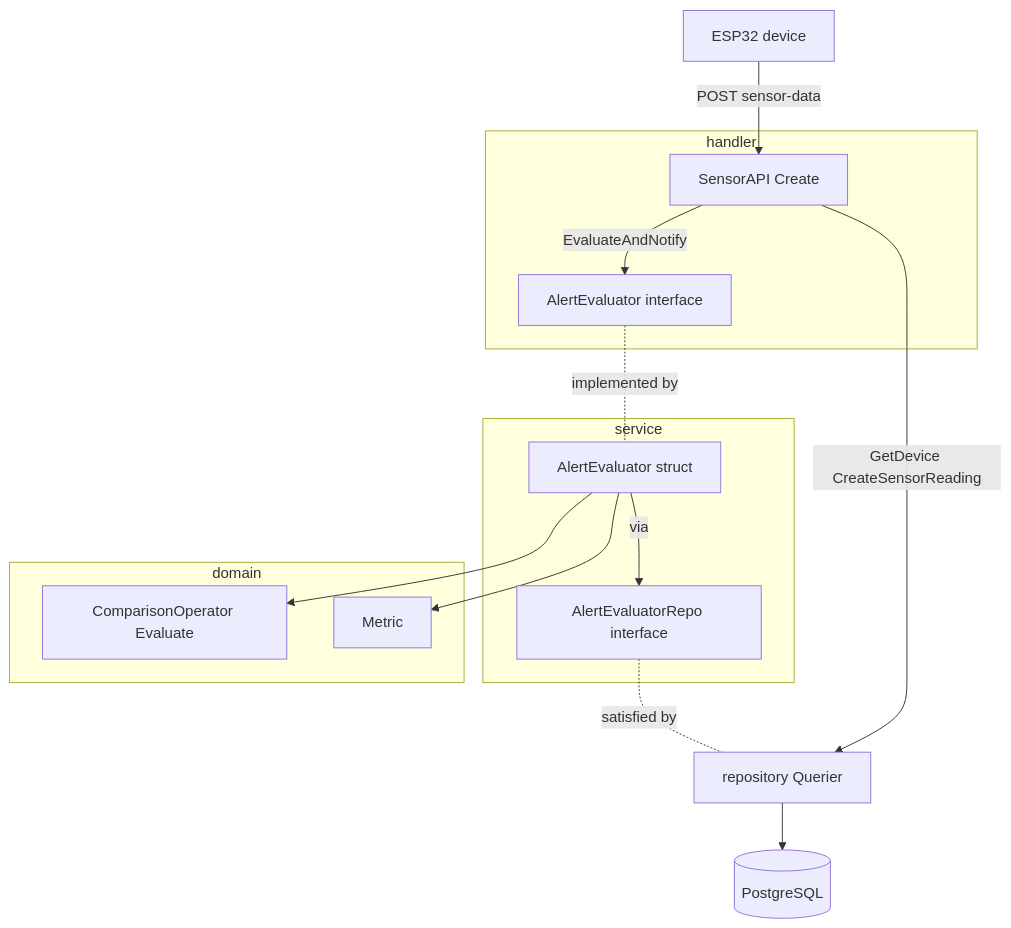
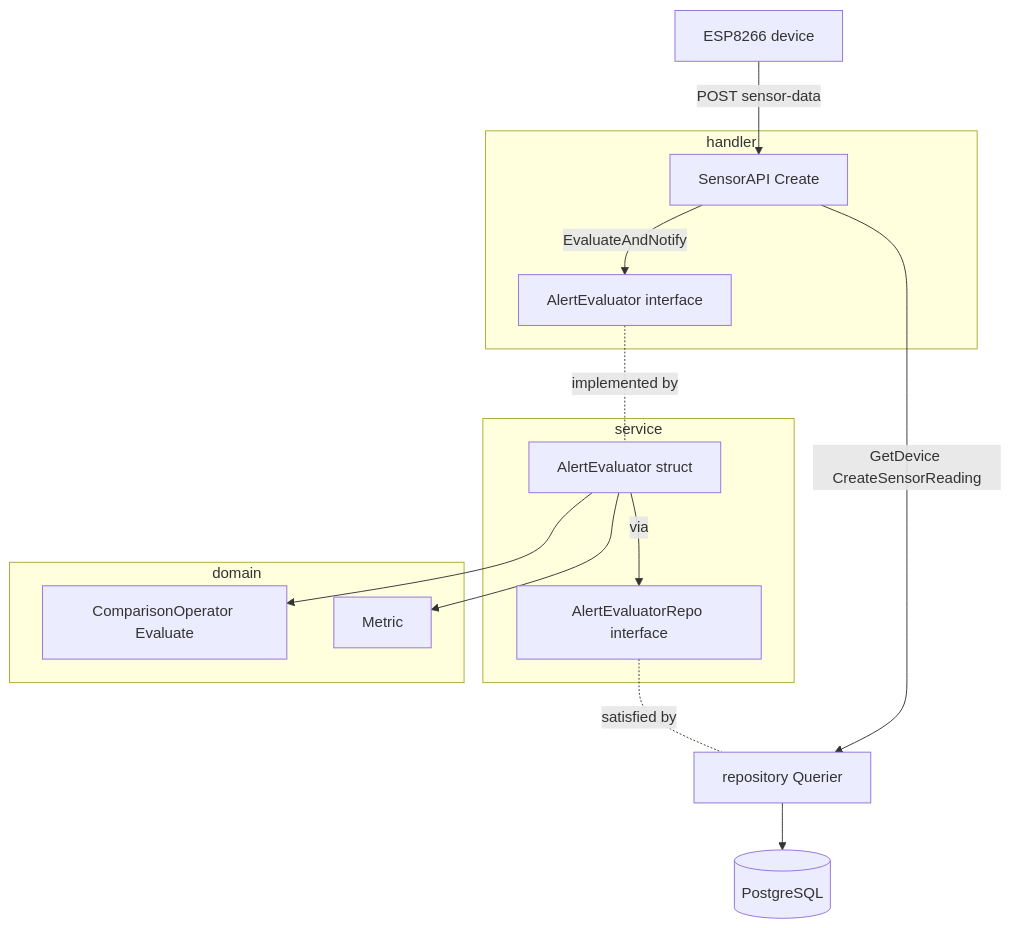
Before and after one commit to HiroshiKawano/go_iot: the first of 2 diagrams in .kiro/specs/alert-evaluation/design.md, drawn with Mermaid. The commit also changed other lines of this file and 18 other files, not shown here.

````diff
--- a/.kiro/specs/alert-evaluation/design.md
+++ b/.kiro/specs/alert-evaluation/design.md
@@ -61,28 +61,28 @@
 ```mermaid
 graph TB
-    Device[ESP32 device]
+    Device[ESP8266 device]
     subgraph handler
         SensorAPI[SensorAPI Create]
         EvalIface[AlertEvaluator interface]
     end
     subgraph service
         Evaluator[AlertEvaluator struct]
         RepoIface[AlertEvaluatorRepo interface]
     end
     subgraph domain
         Cmp[ComparisonOperator Evaluate]
         Metric[Metric]
     end
     Querier[repository Querier]
     DB[(PostgreSQL)]
 
     Device -->|POST sensor-data| SensorAPI
     SensorAPI -->|EvaluateAndNotify| EvalIface
     EvalIface -.implemented by.- Evaluator
     Evaluator --> Cmp
     Evaluator --> Metric
     Evaluator -->|via| RepoIface
     RepoIface -.satisfied by.- Querier
     SensorAPI -->|GetDevice CreateSensorReading| Querier
     Querier --> DB
 ```
````
